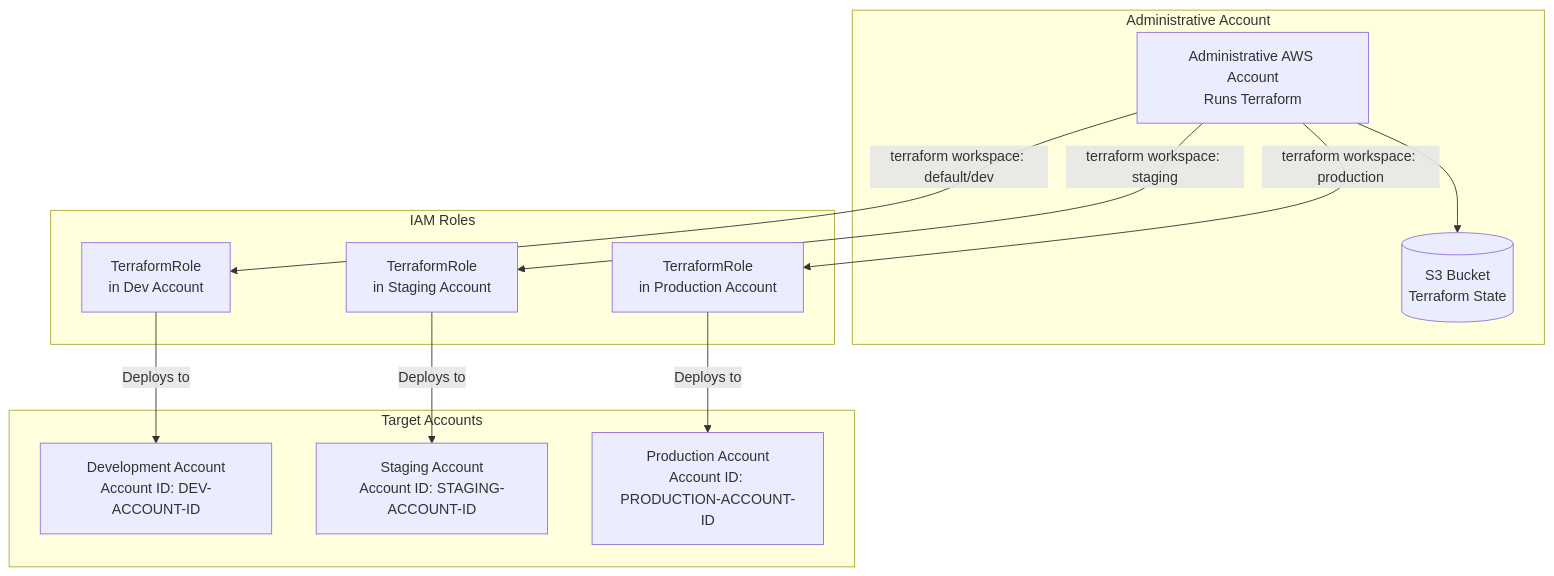
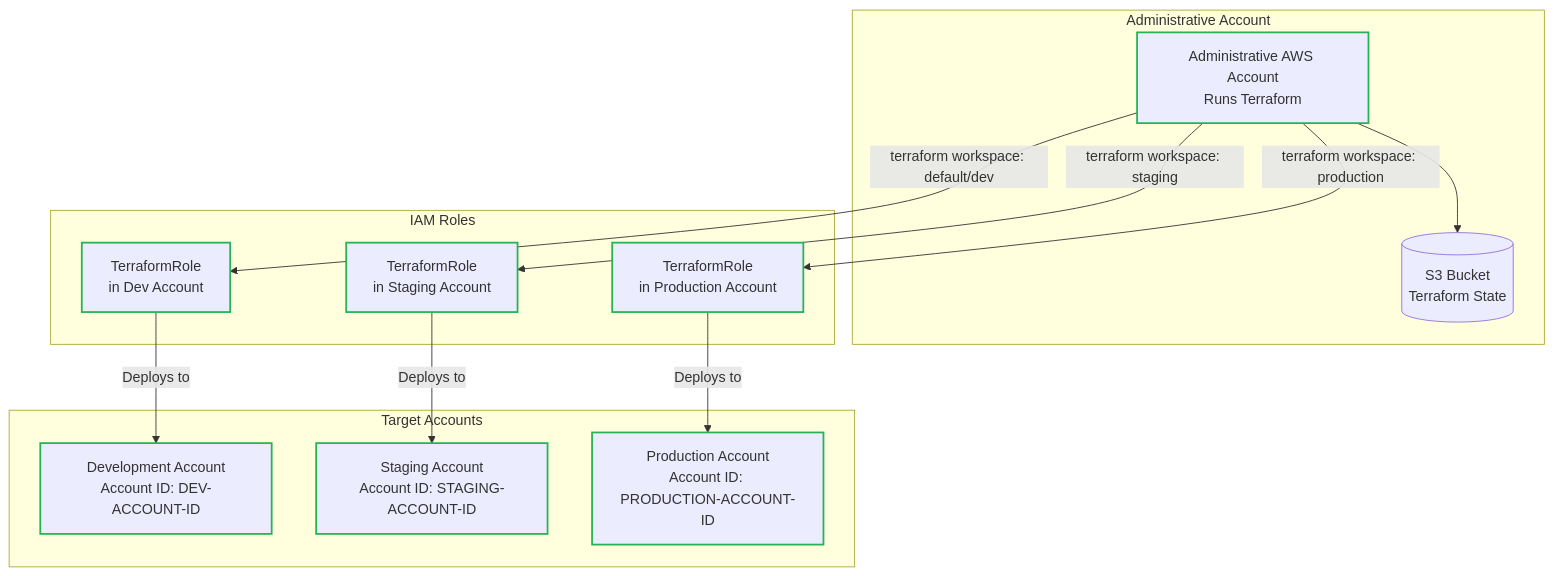
The diagram in docs/guides/aws/environment-management.mdx (nitrictech/suga), drawn with Mermaid before and after one commit. The commit also changed 4 other files, not shown here.

````diff
--- a/docs/guides/aws/environment-management.mdx
+++ b/docs/guides/aws/environment-management.mdx
@@ -22,29 +22,32 @@
 ```mermaid
 graph TB
     subgraph "Administrative Account"
         Admin[Administrative AWS Account<br/>Runs Terraform]
         S3[(S3 Bucket<br/>Terraform State)]
     end
     
     subgraph "Target Accounts"
         Dev[Development Account<br/>Account ID: DEV-ACCOUNT-ID]
         Staging[Staging Account<br/>Account ID: STAGING-ACCOUNT-ID]
         Prod[Production Account<br/>Account ID: PRODUCTION-ACCOUNT-ID]
     end
     
     subgraph "IAM Roles"
         DevRole[TerraformRole<br/>in Dev Account]
         StagingRole[TerraformRole<br/>in Staging Account]
         ProdRole[TerraformRole<br/>in Production Account]
     end
     
     Admin -->|terraform workspace: default/dev| DevRole
     Admin -->|terraform workspace: staging| StagingRole
     Admin -->|terraform workspace: production| ProdRole
     
     DevRole -->|Deploys to| Dev
     StagingRole -->|Deploys to| Staging
     ProdRole -->|Deploys to| Prod
     
     Admin --> S3
+
+    classDef nitricGreen stroke:#25b355,stroke-width:2px
+    class Admin,DevRole,StagingRole,ProdRole,Dev,Staging,Prod nitricGreen
 ```
````
